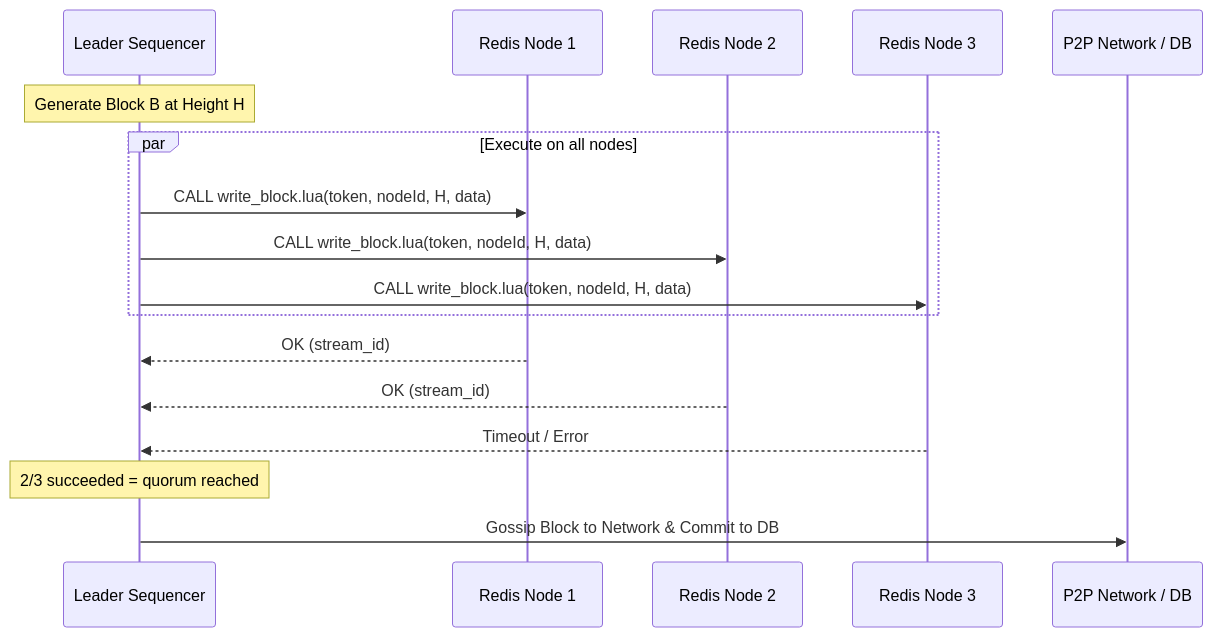
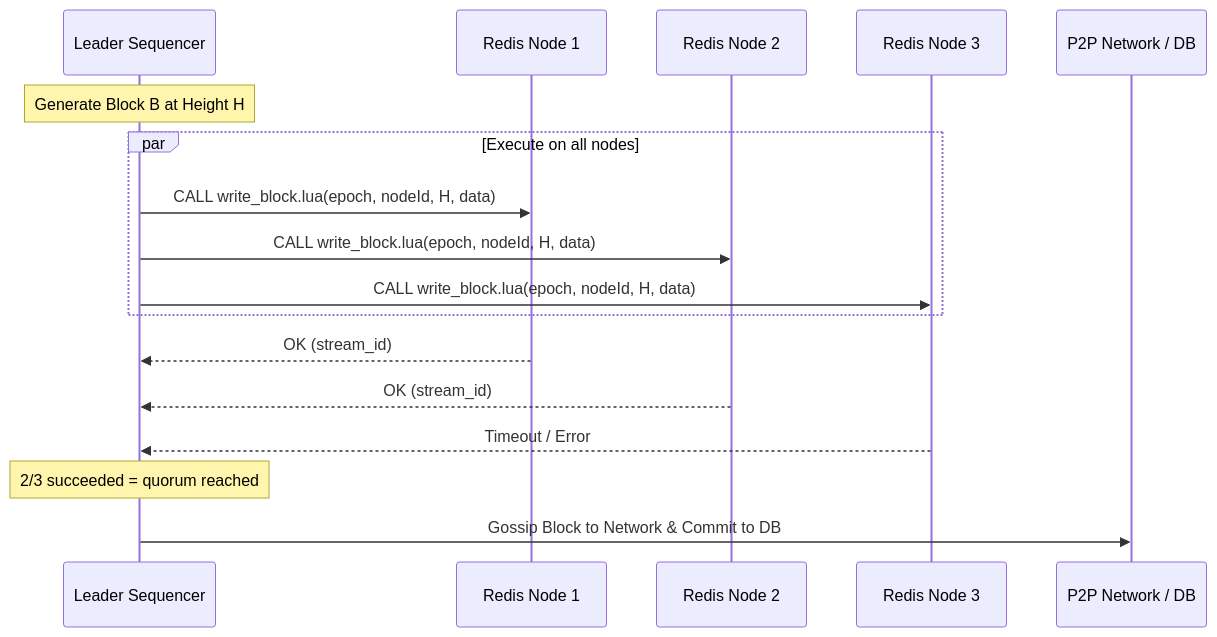
One commit to FuelLabs/fuel-core changed the first of 3 diagrams in docs/poa/failover.md. Above: the diagram before and after it, drawn with Mermaid. The commit also changed other lines of this file, not shown here.

First line of the commit message:
Add epoch self-healing to write_block.lua in failover design

````diff
--- a/docs/poa/failover.md
+++ b/docs/poa/failover.md
@@ -138,20 +138,20 @@
 ```mermaid
 sequenceDiagram
     participant L as Leader Sequencer
     participant R1 as Redis Node 1
     participant R2 as Redis Node 2
     participant R3 as Redis Node 3
     participant P2P as P2P Network / DB
 
     Note over L: Generate Block B at Height H
     par Execute on all nodes
-        L->>R1: CALL write_block.lua(token, nodeId, H, data)
-        L->>R2: CALL write_block.lua(token, nodeId, H, data)
-        L->>R3: CALL write_block.lua(token, nodeId, H, data)
+        L->>R1: CALL write_block.lua(epoch, nodeId, H, data)
+        L->>R2: CALL write_block.lua(epoch, nodeId, H, data)
+        L->>R3: CALL write_block.lua(epoch, nodeId, H, data)
     end
     R1-->>L: OK (stream_id)
     R2-->>L: OK (stream_id)
     R3-->>L: Timeout / Error
     Note over L: 2/3 succeeded = quorum reached
     L->>P2P: Gossip Block to Network & Commit to DB
 ```
````
